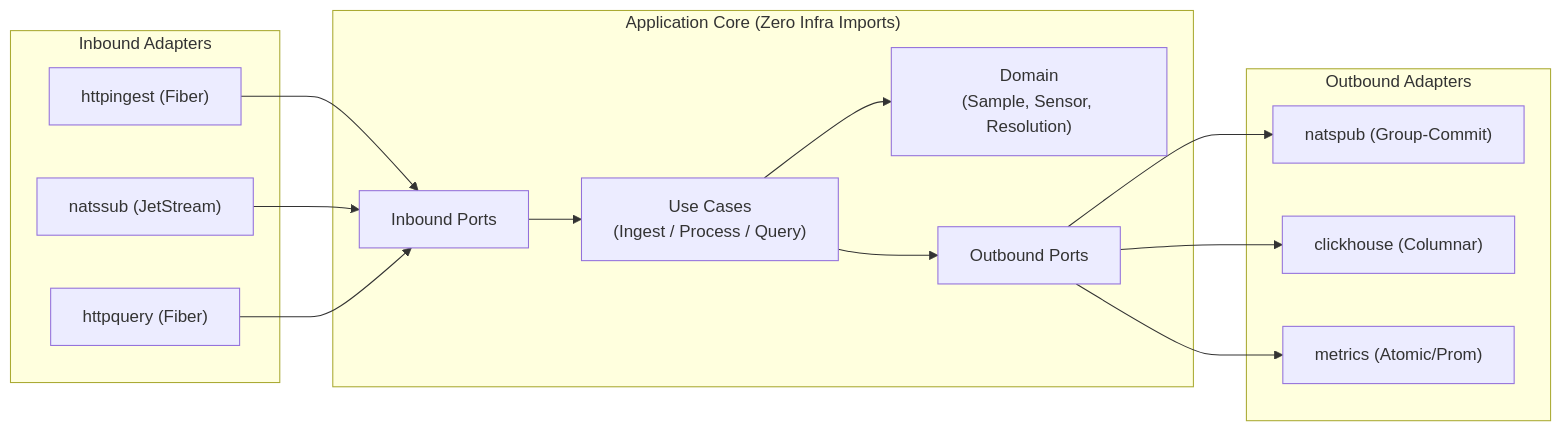
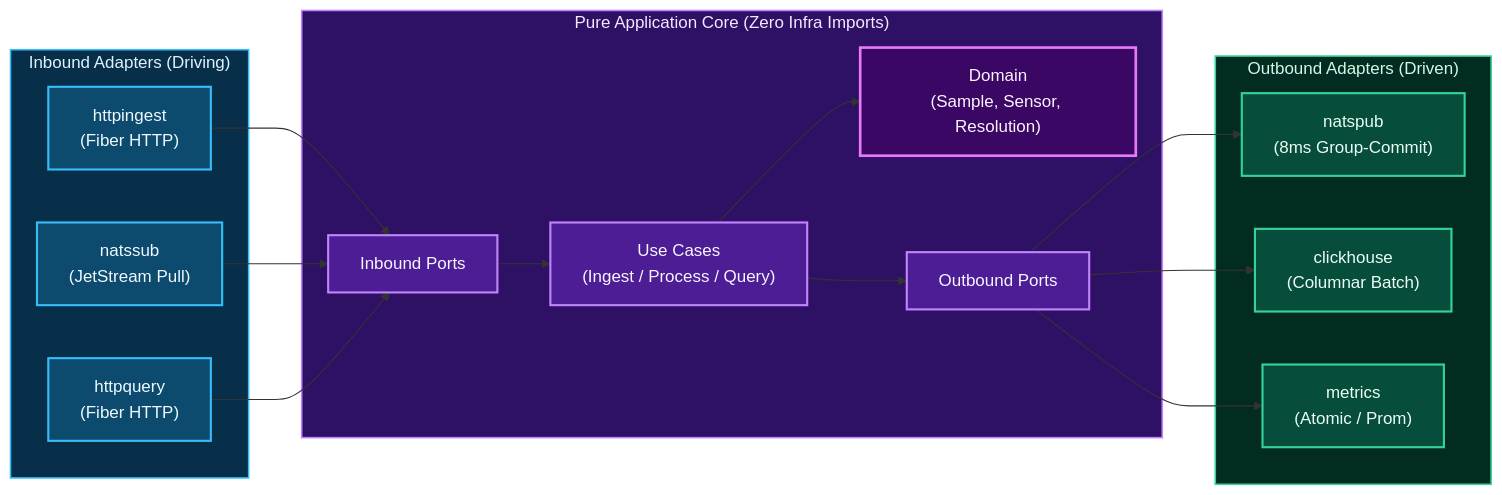
Before and after one commit to DanialV/telemetry: the second of 2 diagrams in docs/ARCHITECTURE.md, drawn with Mermaid. The commit also changed other lines of this file and 1 other file, not shown here.

Commit message:
Improve architecture diagrams and doc styling

````diff
--- a/docs/ARCHITECTURE.md
+++ b/docs/ARCHITECTURE.md
@@ -69,23 +114,37 @@
 ```mermaid
 flowchart LR
-    subgraph Inbound["Inbound Adapters"]
-        HI["httpingest (Fiber)"]
-        NS["natssub (JetStream)"]
-        HQ["httpquery (Fiber)"]
+    subgraph Inbound["Inbound Adapters (Driving)"]
+        HI["httpingest\n(Fiber HTTP)"]
+        NS["natssub\n(JetStream Pull)"]
+        HQ["httpquery\n(Fiber HTTP)"]
     end
 
-    subgraph Core["Application Core (Zero Infra Imports)"]
-        IP["Inbound Ports"] --> UC["Use Cases<br/>(Ingest / Process / Query)"]
-        UC --> DOM["Domain<br/>(Sample, Sensor, Resolution)"]
+    subgraph Core["Pure Application Core (Zero Infra Imports)"]
+        IP["Inbound Ports"] --> UC["Use Cases\n(Ingest / Process / Query)"]
+        UC --> DOM["Domain\n(Sample, Sensor, Resolution)"]
         UC --> OP["Outbound Ports"]
     end
 
-    subgraph Outbound["Outbound Adapters"]
-        NP["natspub (Group-Commit)"]
-        CH["clickhouse (Columnar)"]
-        MT["metrics (Atomic/Prom)"]
+    subgraph Outbound["Outbound Adapters (Driven)"]
+        NP["natspub\n(8ms Group-Commit)"]
+        CH["clickhouse\n(Columnar Batch)"]
+        MT["metrics\n(Atomic / Prom)"]
     end
 
     HI & NS & HQ --> IP
     OP --> NP & CH & MT
+
+    classDef inAdapter fill:#0c4a6e,stroke:#38bdf8,stroke-width:2px,color:#f0f9ff
+    classDef coreNode fill:#4c1d95,stroke:#c084fc,stroke-width:2px,color:#faf5ff
+    classDef domainNode fill:#3b0764,stroke:#e879f9,stroke-width:2.5px,color:#fdf4ff
+    classDef outAdapter fill:#064e3b,stroke:#34d399,stroke-width:2px,color:#ecfdf5
+
+    class HI,NS,HQ inAdapter
+    class IP,UC,OP coreNode
+    class DOM domainNode
+    class NP,CH,MT outAdapter
+
+    style Inbound fill:#082f49,stroke:#38bdf8,stroke-width:1.5px,color:#e0f2fe
+    style Core fill:#2e1065,stroke:#c084fc,stroke-width:1.5px,color:#f3e8ff
+    style Outbound fill:#022c22,stroke:#34d399,stroke-width:1.5px,color:#d1fae5
 ```
````
